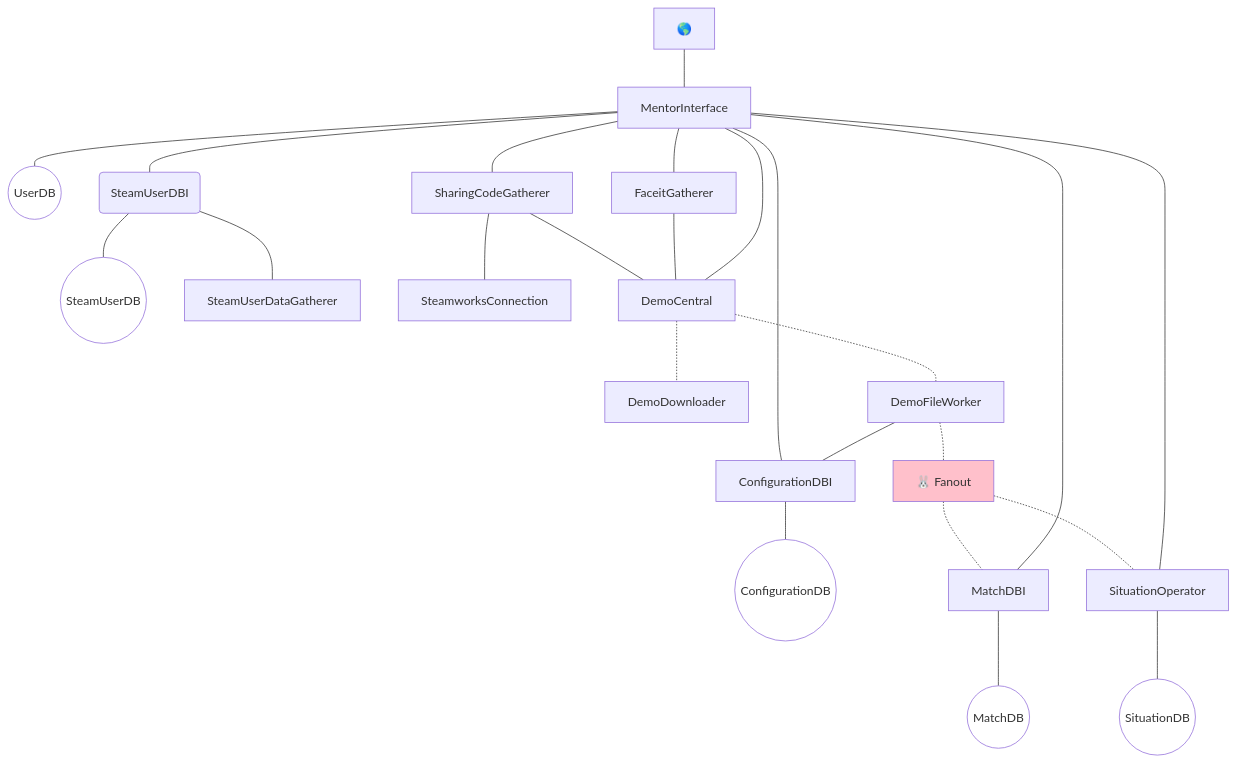
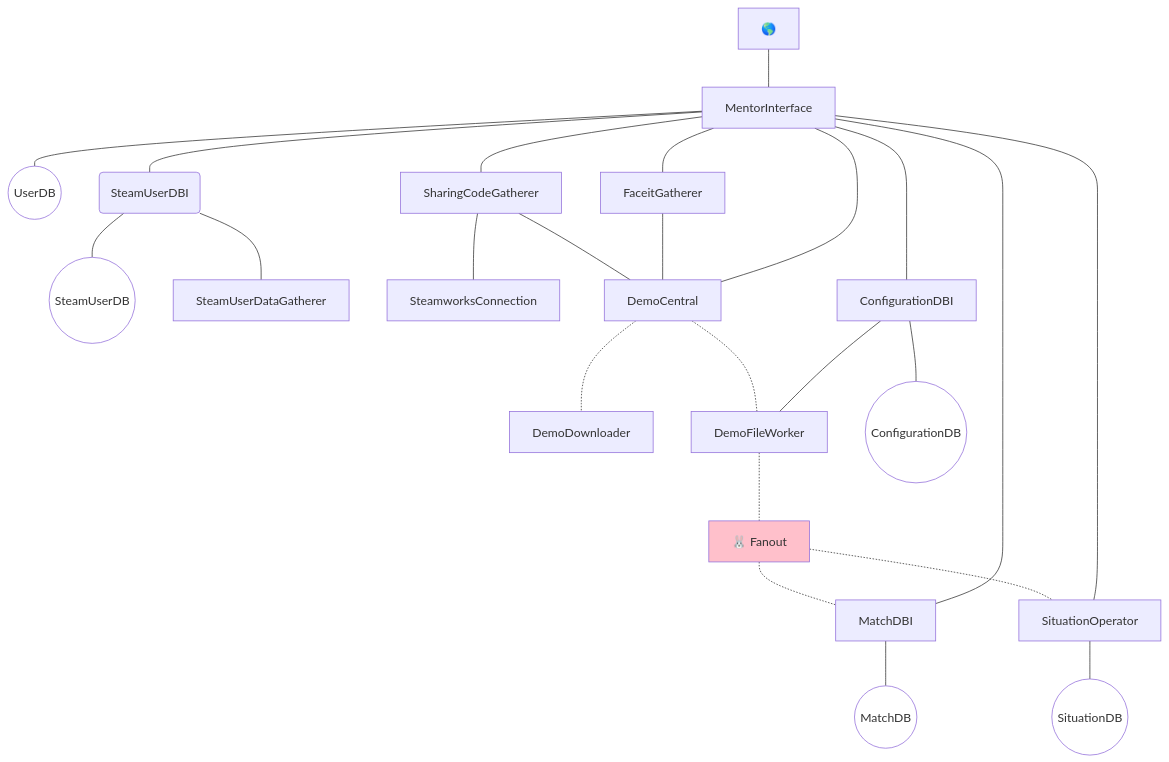
Before and after one commit to KieronKretschmar/MentorGG_ArchitectureDocumentation: the diagram in MentorEngine/README.md, drawn with Mermaid. The commit also changed other lines of this file, not shown here.

````diff
--- a/MentorEngine/README.md
+++ b/MentorEngine/README.md
@@ -23,39 +23,39 @@
 ```mermaid
 graph TD;
     I["🌎"] --- MI
     MI --- UDB((UserDB));
     
     MI --- SUDBI(SteamUserDBI);
     SUDBI --- SUDB((SteamUserDB));
     SUDBI --- SUDG[SteamUserDataGatherer];
     
     MI --- SCO[SharingCodeGatherer];
     SCO --- SWC[SteamworksConnection];
     SCO --- DC;
     
     MI --- FG[FaceitGatherer];
     FG --- DC;
     
     
     MI --- CDBI[ConfigurationDBI];
-    CDBI --- CDB((ConfigurationDB));
     
     MI[MentorInterface] --- DC[DemoCentral];
     DC -.- DD[DemoDownloader];
     DC -.- DFW[DemoFileWorker];
     DFW -.- RMQ["🐰 Fanout"];
     RMQ -.- MDBI;
     RMQ -.- SO;
     
-    DFW --- CDBI;
+    CDBI --- DFW;
 
+    CDBI --- CDB((ConfigurationDB));
     MI --- MDBI[MatchDBI];
     MI --- SO[SituationOperator];
     SO --- SDB((SituationDB));
     MDBI --- MDB((MatchDB));
 
     classDef db fill:white;
     classDef queue fill:pink;
     class RMQ queue;
     class UDB,SUDB,CDB,SDB,MDB db;
 ```
````
